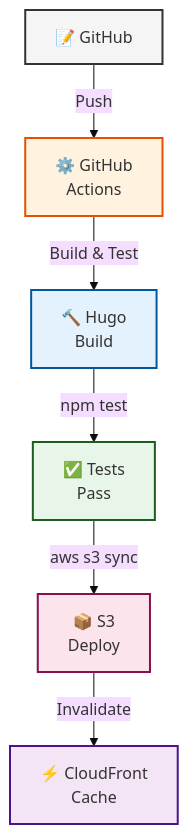
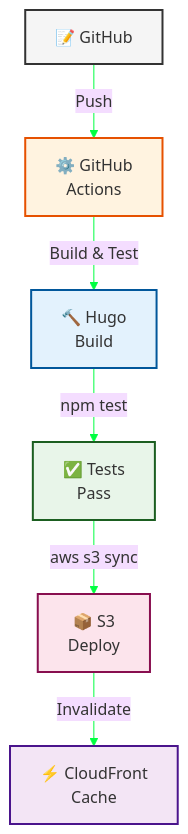
One commit to BryanChasko/hugoBryanChaskoWebsite changed the second of 2 diagrams in README.md. Above: the diagram before and after it, drawn with Mermaid. The commit also changed other lines of this file and 97 other files, not shown here.

````diff
--- a/README.md
+++ b/README.md
@@ -53,16 +53,16 @@
 ```mermaid
-%%{init: {'flowchart': {'curve': 'linear'}, 'theme': 'base', 'themeVariables': {'fontSize': '16px', 'fontFamily': 'arial'}}}%%
+%%{init: {'flowchart': {'curve': 'linear'}, 'theme': 'base', 'themeVariables': {'fontSize': '16px', 'fontFamily': 'arial', 'lineColor': '#00ff41'}}}%%
 graph TB
     A["📝 GitHub"] -->|Push| B["⚙️ GitHub<br/>Actions"]
     B -->|Build & Test| C["🔨 Hugo<br/>Build"]
     C -->|npm test| D["✅ Tests<br/>Pass"]
     D -->|aws s3 sync| E["📦 S3<br/>Deploy"]
     E -->|Invalidate| F["⚡ CloudFront<br/>Cache"]
     
     style A fill:#f5f5f5,stroke:#333,stroke-width:2px
     style B fill:#fff3e0,stroke:#e65100,stroke-width:2px
     style C fill:#e3f2fd,stroke:#01579b,stroke-width:2px
     style D fill:#e8f5e9,stroke:#1b5e20,stroke-width:2px
     style E fill:#fce4ec,stroke:#880e4f,stroke-width:2px
     style F fill:#f3e5f5,stroke:#4a148c,stroke-width:2px
 ```
````
